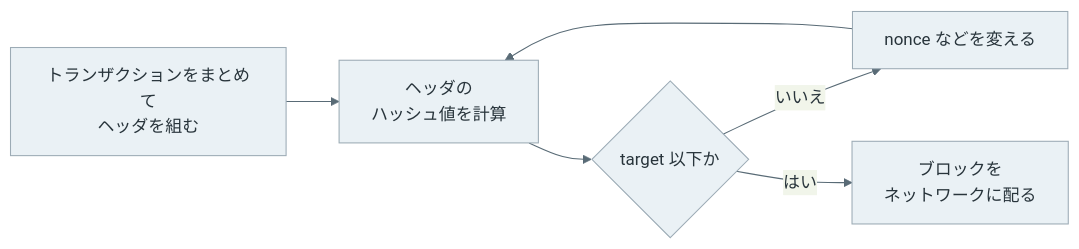
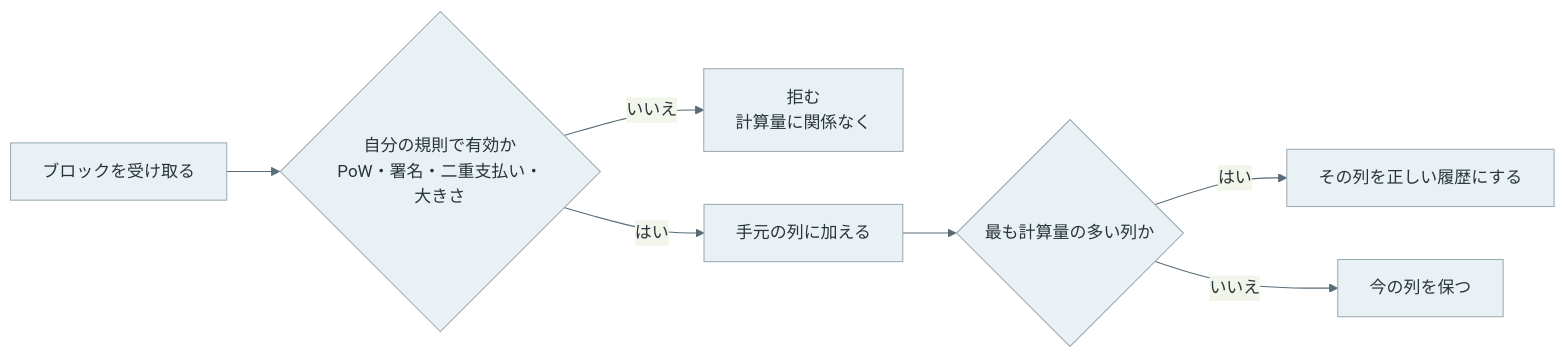
Before and after one commit to nao1215/debimate: the diagram in content/notes/blockchain-systems/blockchain-basics/index.md, drawn with Mermaid. The commit also changed other lines of this file and 17 other files, not shown here.

````diff
--- a/content/notes/blockchain-systems/blockchain-basics/index.md
+++ b/content/notes/blockchain-systems/blockchain-basics/index.md
@@ -140,9 +159,11 @@
 ```mermaid
-%%{init: {"theme":"base","themeVariables":{"primaryColor":"#eaf1f5","primaryTextColor":"#28343b","primaryBorderColor":"#9cabb5","lineColor":"#596b76","textColor":"#28343b","actorBkg":"#eaf1f5","actorBorder":"#9cabb5","actorTextColor":"#28343b","actorLineColor":"#9cabb5","signalColor":"#596b76","signalTextColor":"#28343b","noteBkgColor":"#f7f1e5","noteBorderColor":"#c5b99b","noteTextColor":"#403c32","activationBkgColor":"#edf3ef","activationBorderColor":"#9aafa1"}}}%%
+%%{init: {"theme":"base","themeVariables":{"primaryColor":"#eaf1f5","primaryTextColor":"#28343b","primaryBorderColor":"#9cabb5","lineColor":"#596b76","textColor":"#28343b"}}}%%
 flowchart LR
-    H["トランザクションをまとめて<br/>ヘッダを組む"] --> S["ヘッダの<br/>ハッシュ値を計算"]
-    S --> J{"target 以下か"}
-    J -->|いいえ| N["nonce などを変える"] --> S
-    J -->|はい| B["ブロックを<br/>ネットワークに配る"]
+    R["ブロックを受け取る"] --> V{"自分の規則で有効か<br/>PoW・署名・二重支払い・大きさ"}
+    V -->|いいえ| X["拒む<br/>計算量に関係なく"]
+    V -->|はい| A["手元の列に加える"]
+    A --> W{"最も計算量の多い列か"}
+    W -->|はい| T["その列を正しい履歴にする"]
+    W -->|いいえ| K["今の列を保つ"]
     classDef default fill:#eaf1f5,stroke:#9cabb5,color:#28343b;
 ```
````
